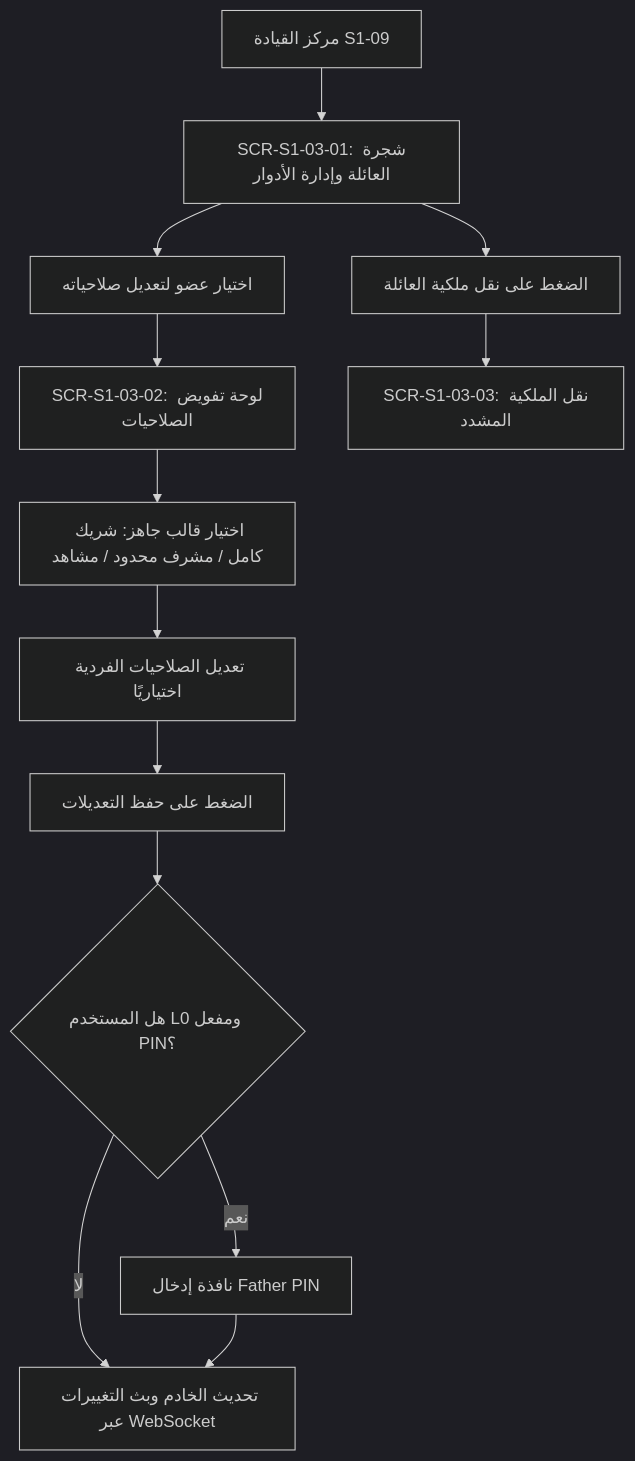
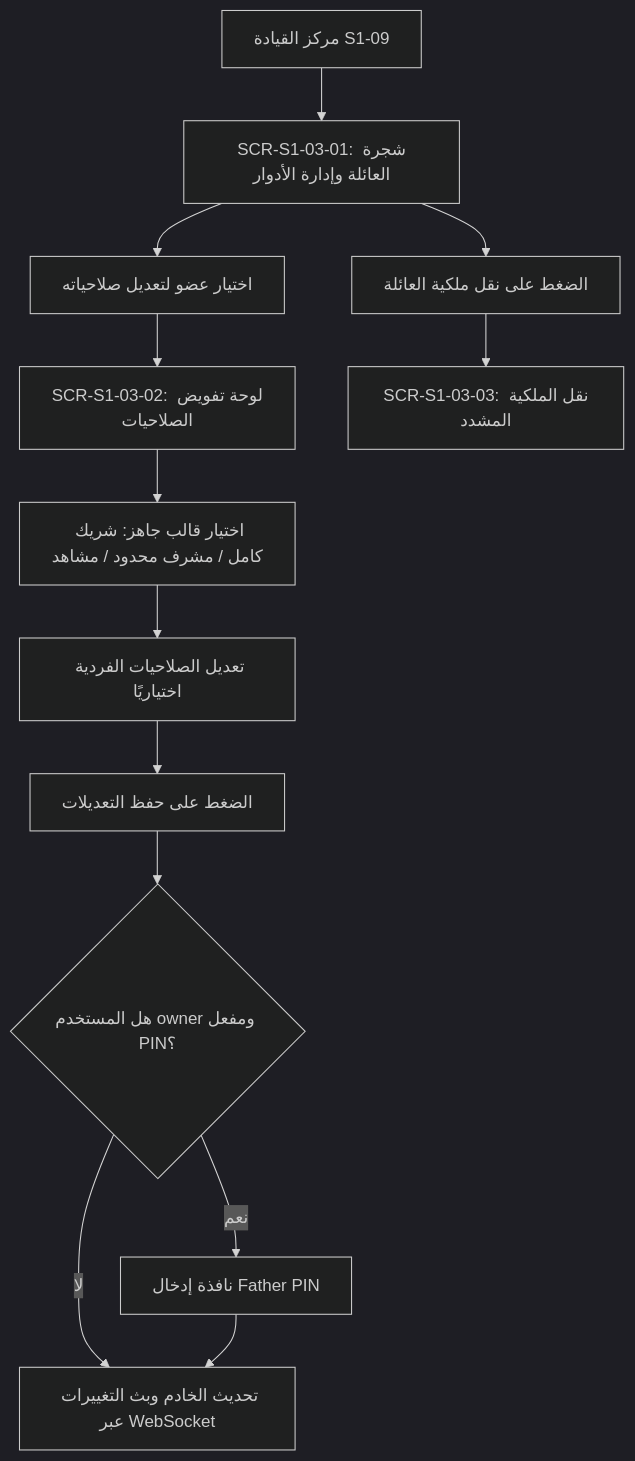
One commit to Bassam-mohammed-alqaeadi/family-os-v2 changed the diagram in spec/03-phase-1-core/s1-03-family-roles-and-permissions/02-screens-index.md. Above: the diagram before and after it, drawn with Mermaid (dark theme). The commit also changed other lines of this file and 113 other files, not shown here.

````diff
--- a/spec/03-phase-1-core/s1-03-family-roles-and-permissions/02-screens-index.md
+++ b/spec/03-phase-1-core/s1-03-family-roles-and-permissions/02-screens-index.md
@@ -31,19 +31,19 @@
 ```mermaid
 flowchart TD
     Dashboard[مركز القيادة S1-09] --> RolesOverview[SCR-S1-03-01: شجرة العائلة وإدارة الأدوار]
     
     RolesOverview --> SelectMember[اختيار عضو لتعديل صلاحياته]
     SelectMember --> PermissionEditor[SCR-S1-03-02: لوحة تفويض الصلاحيات]
     
     PermissionEditor --> QuickPreset[اختيار قالب جاهز: شريك كامل / مشرف محدود / مشاهد]
     QuickPreset --> CustomToggles[تعديل الصلاحيات الفردية اختياريًا]
     CustomToggles --> SaveGrants[الضغط على حفظ التعديلات]
-    SaveGrants --> PinAuth{هل المستخدم L0 ومفعل PIN؟}
+    SaveGrants --> PinAuth{هل المستخدم owner ومفعل PIN؟}
     
     PinAuth -- نعم --> PromptPin[نافذة إدخال Father PIN]
     PinAuth -- لا --> BroadcastUpdate[تحديث الخادم وبث التغييرات عبر WebSocket]
     PromptPin --> BroadcastUpdate
     
     RolesOverview --> TransferAction[الضغط على نقل ملكية العائلة]
     TransferAction --> OwnershipScreen[SCR-S1-03-03: نقل الملكية المشدد]
 ```
````
